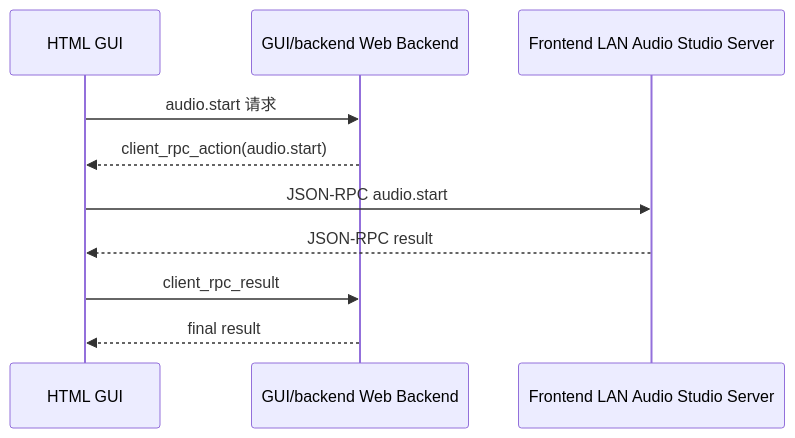
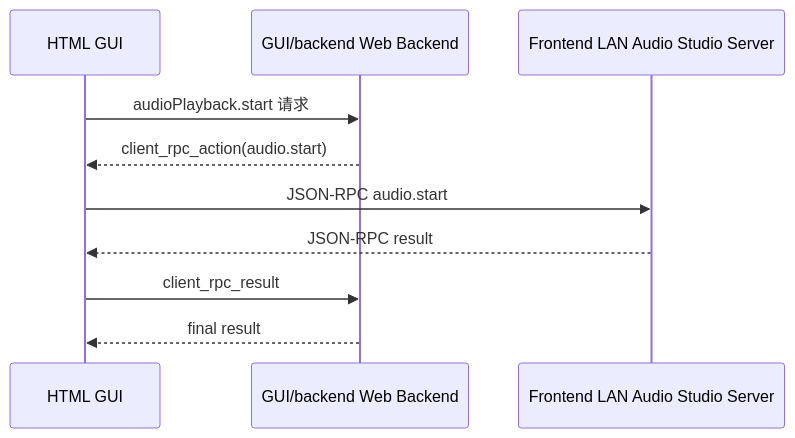
One commit to handsomeleeshu/Audio-Studio changed the second of 15 diagrams in docs/audio_studio_framework_design.md. Above: the diagram before and after it, drawn with Mermaid. The commit also changed other lines of this file and 40 other files, not shown here.

Commit message:
Implement RPC audio stream flow

````diff
--- a/docs/audio_studio_framework_design.md
+++ b/docs/audio_studio_framework_design.md
@@ -469,13 +716,13 @@
 ```mermaid
 sequenceDiagram
     participant GUI as HTML GUI
     participant BE as GUI/backend Web Backend
     participant AS as Frontend LAN Audio Studio Server
 
-    GUI->>BE: audio.start 请求
+    GUI->>BE: audioPlayback.start 请求
     BE-->>GUI: client_rpc_action(audio.start)
     GUI->>AS: JSON-RPC audio.start
     AS-->>GUI: JSON-RPC result
     GUI->>BE: client_rpc_result
     BE-->>GUI: final result
 ```
````
